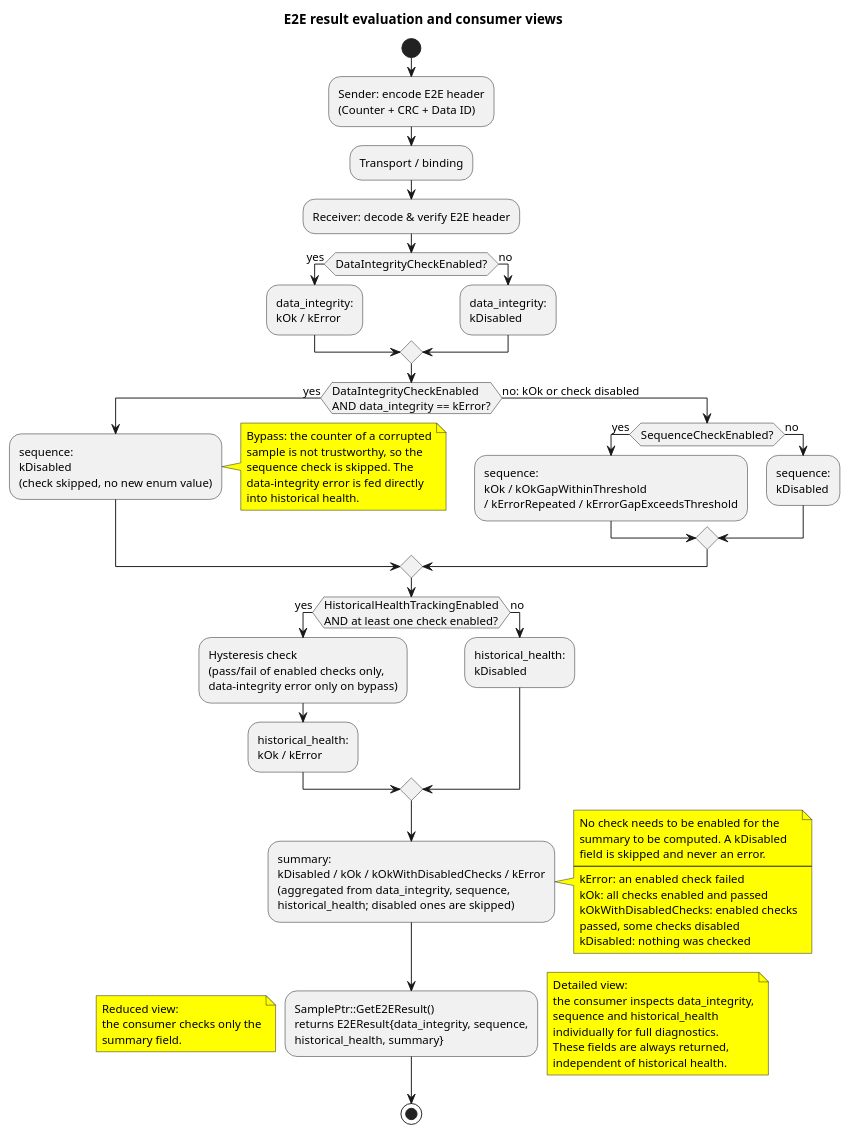
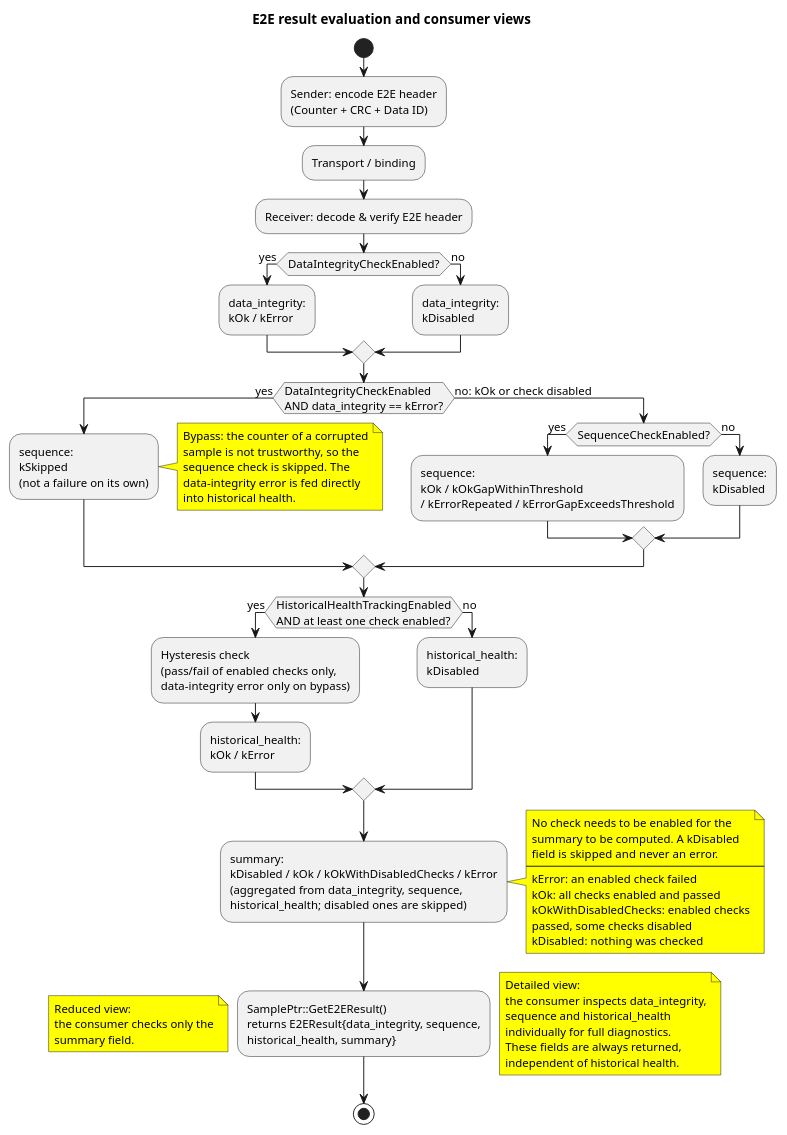
One commit to eclipse-score/communication changed the diagram in score/mw/com/design/e2e_protection/e2e_result_evaluation.puml. Above: the diagram before and after it, drawn with PlantUML. The commit also changed 2 other files, not shown here.

```diff
--- a/score/mw/com/design/e2e_protection/e2e_result_evaluation.puml
+++ b/score/mw/com/design/e2e_protection/e2e_result_evaluation.puml
@@ -14,89 +14,89 @@
 @startuml e2e_result_evaluation
 title E2E result evaluation and consumer views
 
 skinparam shadowing false
 skinparam defaultFontSize 12
 
 start
 
 :Sender: encode E2E header
 (Counter + CRC + Data ID);
 :Transport / binding;
 :Receiver: decode & verify E2E header;
 
 if (DataIntegrityCheckEnabled?) then (yes)
     :data_integrity:
     kOk / kError;
 else (no)
     :data_integrity:
     kDisabled;
 endif
 
 if (DataIntegrityCheckEnabled\nAND data_integrity == kError?) then (yes)
     :sequence:
-    kDisabled
-    (check skipped, no new enum value);
+    kSkipped
+    (not a failure on its own);
     note right #Yellow
         Bypass: the counter of a corrupted
         sample is not trustworthy, so the
         sequence check is skipped. The
         data-integrity error is fed directly
         into historical health.
     end note
 else (no: kOk or check disabled)
     if (SequenceCheckEnabled?) then (yes)
         :sequence:
         kOk / kOkGapWithinThreshold
         / kErrorRepeated / kErrorGapExceedsThreshold;
     else (no)
         :sequence:
         kDisabled;
     endif
 endif
 
 if (HistoricalHealthTrackingEnabled\nAND at least one check enabled?) then (yes)
     :Hysteresis check
     (pass/fail of enabled checks only,
     data-integrity error only on bypass);
     :historical_health:
     kOk / kError;
 else (no)
     :historical_health:
     kDisabled;
 endif
 
 :summary:
 kDisabled / kOk / kOkWithDisabledChecks / kError
 (aggregated from data_integrity, sequence,
 historical_health; disabled ones are skipped);
 note right #Yellow
     No check needs to be enabled for the
     summary to be computed. A kDisabled
     field is skipped and never an error.
     ----
     kError: an enabled check failed
     kOk: all checks enabled and passed
     kOkWithDisabledChecks: enabled checks
     passed, some checks disabled
     kDisabled: nothing was checked
 end note
 
 :SamplePtr::GetE2EResult()
 returns E2EResult{data_integrity, sequence,
 historical_health, summary};
 note left #Yellow
     Reduced view:
     the consumer checks only the
     summary field.
 end note
 note right #Yellow
     Detailed view:
     the consumer inspects data_integrity,
     sequence and historical_health
     individually for full diagnostics.
     These fields are always returned,
     independent of historical health.
 end note
 
 stop
 @enduml
```
